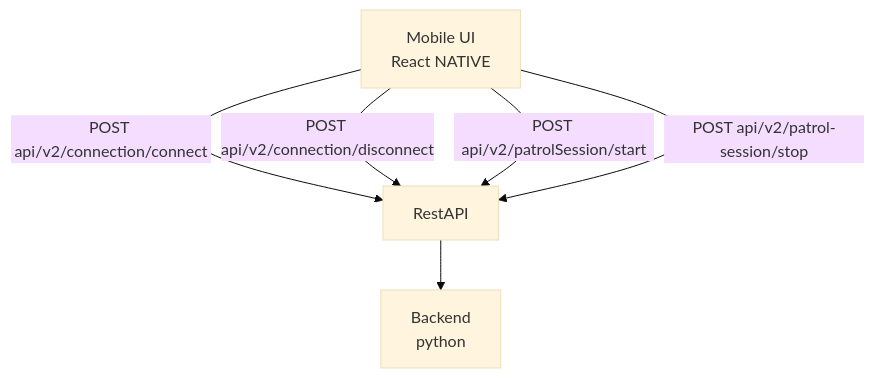
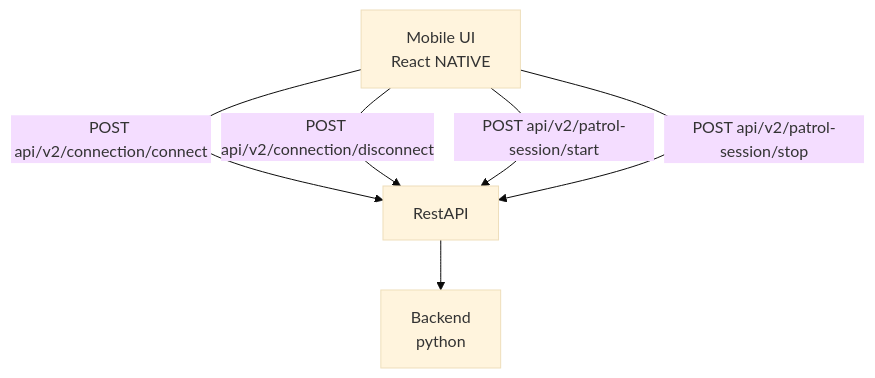
Before and after one commit to aau-cph-sw5/case-b-manning-patrol: the diagram in contracts/positioning-ingestion/v2/README.md, drawn with Mermaid (base theme).

Commit message:
Apply suggestion from @marcuslinde

````diff
--- a/contracts/positioning-ingestion/v2/README.md
+++ b/contracts/positioning-ingestion/v2/README.md
@@ -7,8 +7,8 @@
 ```mermaid
 graph TD
     MobileUI[Mobile UI\nReact NATIVE] -->|POST api/v2/connection/connect| RestAPI
     MobileUI -->|POST api/v2/connection/disconnect| RestAPI
-    MobileUI -->|POST api/v2/patrolSession/start| RestAPI
+    MobileUI -->|POST api/v2/patrol-session/start| RestAPI
     MobileUI -->|POST api/v2/patrol-session/stop| RestAPI
     RestAPI[RestAPI] --> Backend[Backend\npython]
 ```
````
